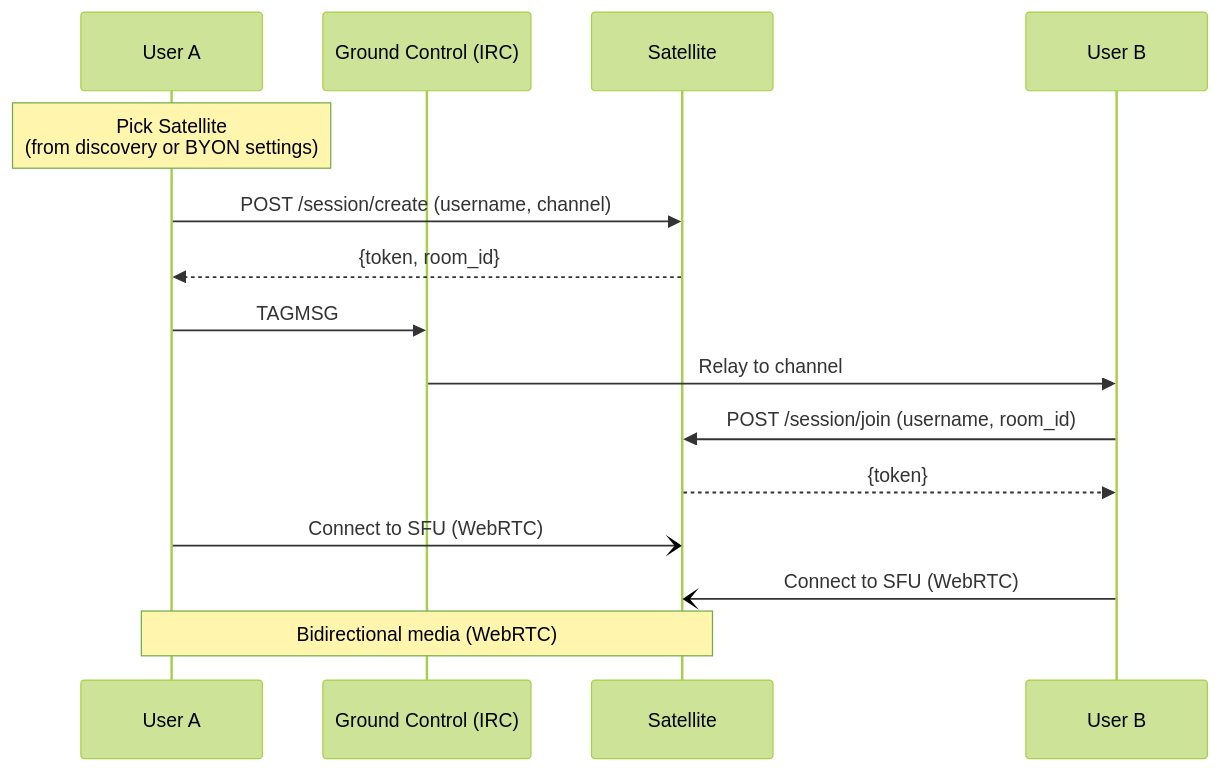
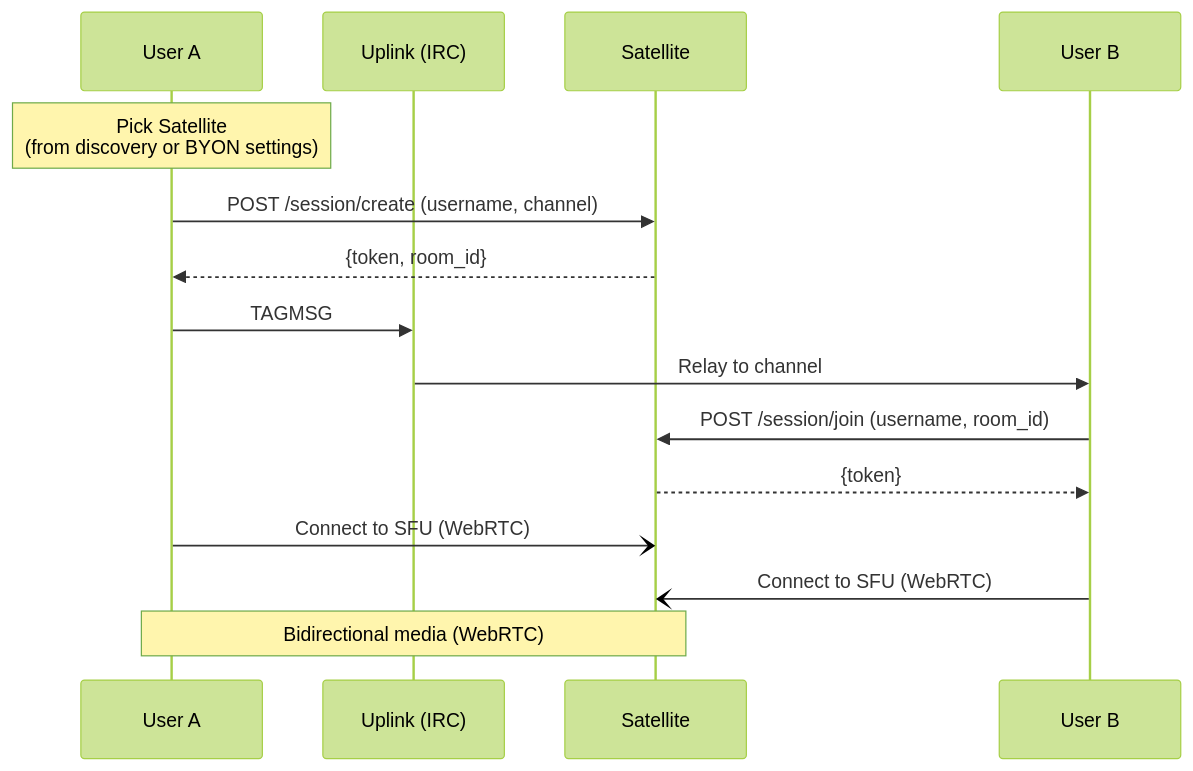
One commit to hivecom/orbit-spec changed the first of 2 diagrams in spec/02-components/02-satellite.md. Above: the diagram before and after it, drawn with Mermaid (forest theme). The commit also changed other lines of this file and 45 other files, not shown here.

First line of the commit message:
Rename Ground Control to Uplink and reorganize

````diff
--- a/spec/02-components/02-satellite.md
+++ b/spec/02-components/02-satellite.md
@@ -103,22 +103,22 @@
 ```mermaid
 sequenceDiagram
     participant A as User A
-    participant GC as Ground Control (IRC)
+    participant GC as Uplink (IRC)
     participant SAT as Satellite
     participant B as User B
 
     note over A: Pick Satellite<br/>(from discovery or BYON settings)
 
     A->>SAT: POST /session/create (username, channel)
     SAT-->>A: {token, room_id}
 
-    A->>GC: TAGMSG #gaming.strategy +orbit/sat-invite=…
+    A->>GC: TAGMSG #gaming/strategy +orbit/sat-invite=…
     GC->>B: Relay to channel
 
     B->>SAT: POST /session/join (username, room_id)
     SAT-->>B: {token}
 
     A-)SAT: Connect to SFU (WebRTC)
     B-)SAT: Connect to SFU (WebRTC)
     note over A,SAT: Bidirectional media (WebRTC)
 ```
````
